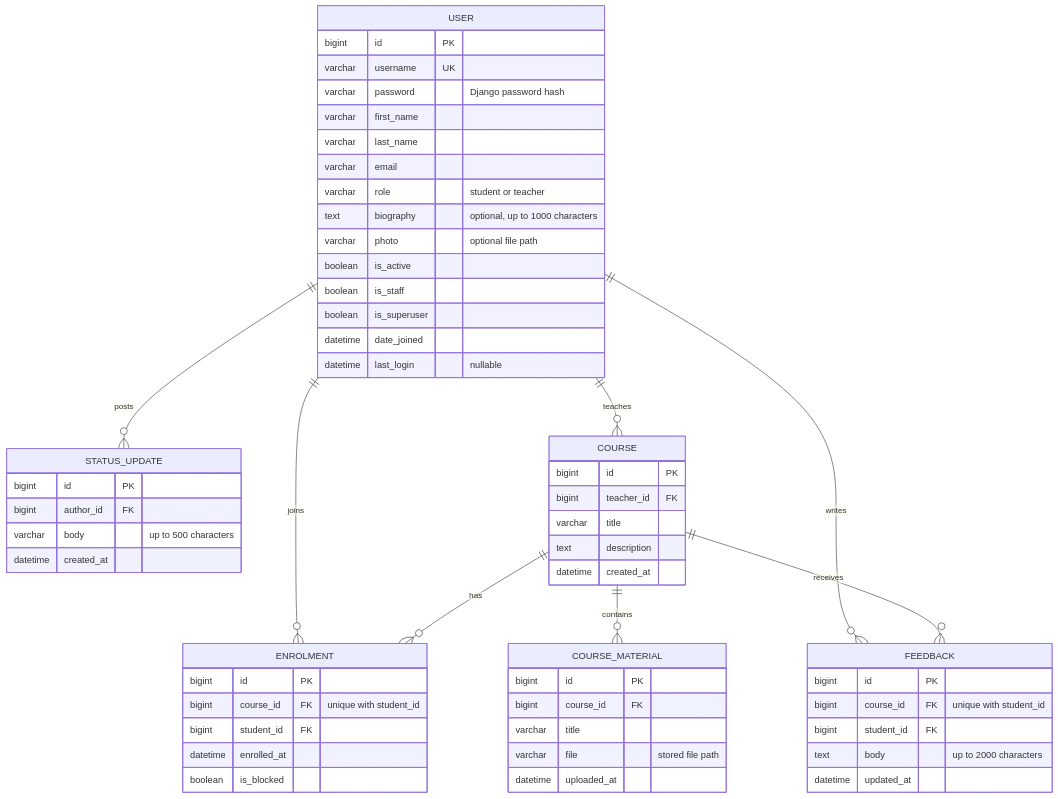
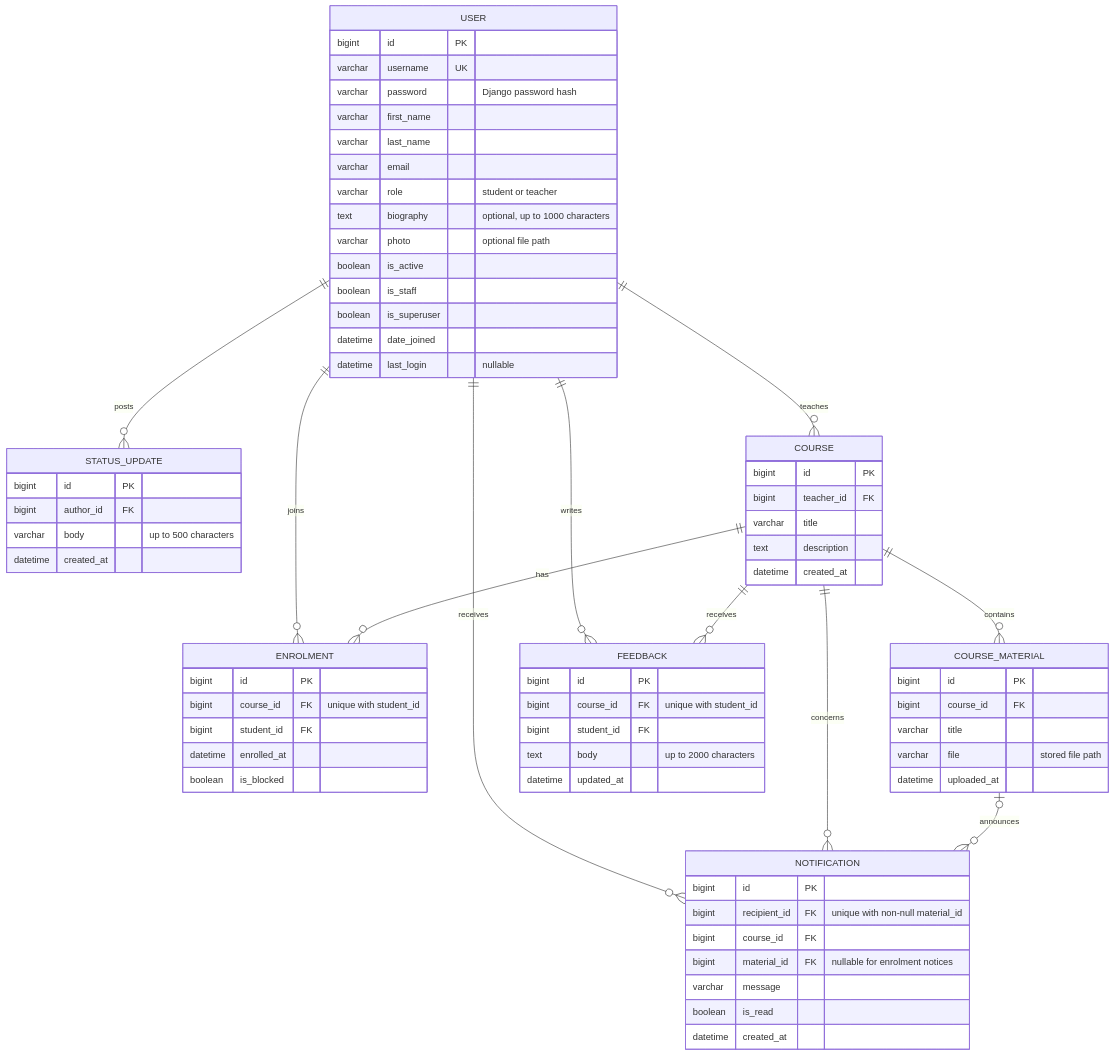
One commit to edoardolai/studyroom changed the diagram in er_diagram.mmd. Above: the diagram before and after it, drawn with Mermaid. The commit also changed 1 other file, not shown here.

```diff
--- a/er_diagram.mmd
+++ b/er_diagram.mmd
@@ -1,58 +1,70 @@
 erDiagram
     USER {
         bigint id PK
         varchar username UK
         varchar password "Django password hash"
         varchar first_name
         varchar last_name
         varchar email
         varchar role "student or teacher"
         text biography "optional, up to 1000 characters"
         varchar photo "optional file path"
         boolean is_active
         boolean is_staff
         boolean is_superuser
         datetime date_joined
         datetime last_login "nullable"
     }
     USER ||--o{ STATUS_UPDATE : posts
     STATUS_UPDATE {
         bigint id PK
         bigint author_id FK
         varchar body "up to 500 characters"
         datetime created_at
     }
     USER ||--o{ COURSE : teaches
     USER ||--o{ ENROLMENT : joins
     COURSE ||--o{ ENROLMENT : has
     COURSE ||--o{ COURSE_MATERIAL : contains
     COURSE {
         bigint id PK
         bigint teacher_id FK
         varchar title
         text description
         datetime created_at
     }
     ENROLMENT {
         bigint id PK
         bigint course_id FK "unique with student_id"
         bigint student_id FK
         datetime enrolled_at
         boolean is_blocked
     }
     COURSE_MATERIAL {
         bigint id PK
         bigint course_id FK
         varchar title
         varchar file "stored file path"
         datetime uploaded_at
     }
     USER ||--o{ FEEDBACK : writes
     COURSE ||--o{ FEEDBACK : receives
     FEEDBACK {
         bigint id PK
         bigint course_id FK "unique with student_id"
         bigint student_id FK
         text body "up to 2000 characters"
         datetime updated_at
     }
+    USER ||--o{ NOTIFICATION : receives
+    COURSE ||--o{ NOTIFICATION : concerns
+    COURSE_MATERIAL |o--o{ NOTIFICATION : announces
+    NOTIFICATION {
+        bigint id PK
+        bigint recipient_id FK "unique with non-null material_id"
+        bigint course_id FK
+        bigint material_id FK "nullable for enrolment notices"
+        varchar message
+        boolean is_read
+        datetime created_at
+    }
```
